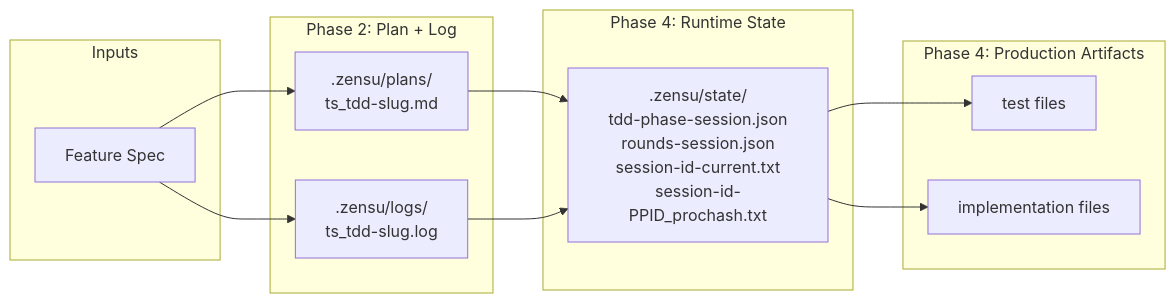
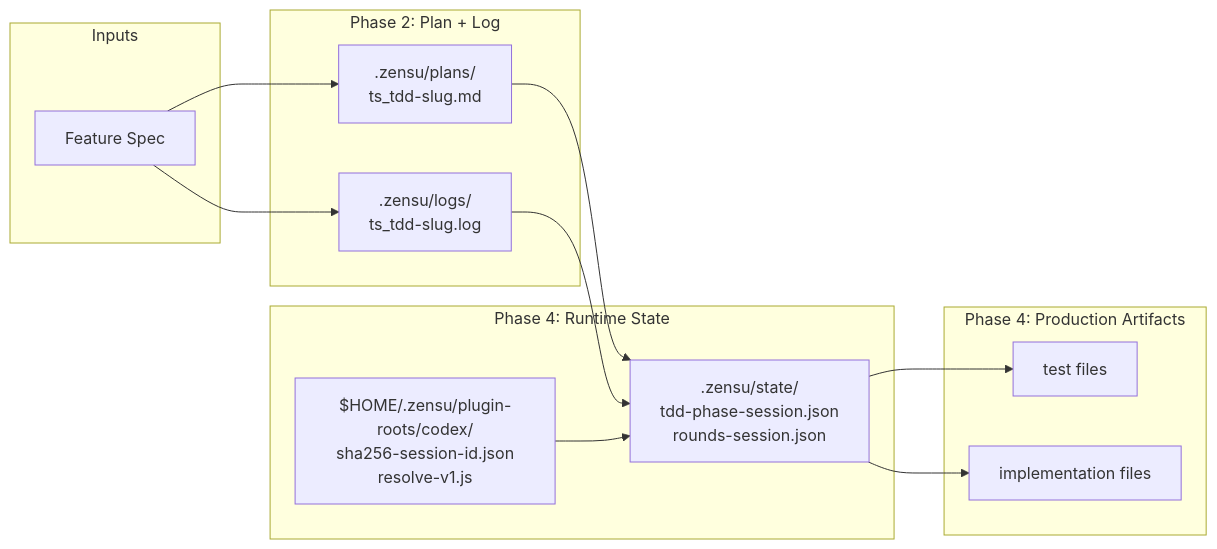
The third of 4 diagrams in plugins/zensu/docs/tdd-manager-workflow.md (MKITConsulting/zensu-codex), drawn with Mermaid before and after one commit. The commit also changed other lines of this file and 23 other files, not shown here.

Commit message:
fix: isolate plugin roots per Codex session

````diff
--- a/plugins/zensu/docs/tdd-manager-workflow.md
+++ b/plugins/zensu/docs/tdd-manager-workflow.md
@@ -191,23 +197,25 @@
 ```mermaid
 flowchart LR
     subgraph Inputs
       Spec[Feature Spec]
     end
     subgraph Plan_Phase[Phase 2: Plan + Log]
       Plan[.zensu/plans/<br/>ts_tdd-slug.md]
       Log[.zensu/logs/<br/>ts_tdd-slug.log]
     end
     subgraph Runtime_State[Phase 4: Runtime State]
-      State[.zensu/state/<br/>tdd-phase-session.json<br/>rounds-session.json<br/>session-id-current.txt<br/>session-id-PPID_prochash.txt]
+      State[.zensu/state/<br/>tdd-phase-session.json<br/>rounds-session.json]
+      Registry[$HOME/.zensu/plugin-roots/codex/<br/>sha256-session-id.json<br/>resolve-v1.js]
     end
     subgraph Production[Phase 4: Production Artifacts]
       Tests[test files]
       Code[implementation files]
     end
     Spec --> Plan
     Spec --> Log
     Plan --> State
     Log --> State
+    Registry --> State
     State --> Tests
     State --> Code
 ```
````
